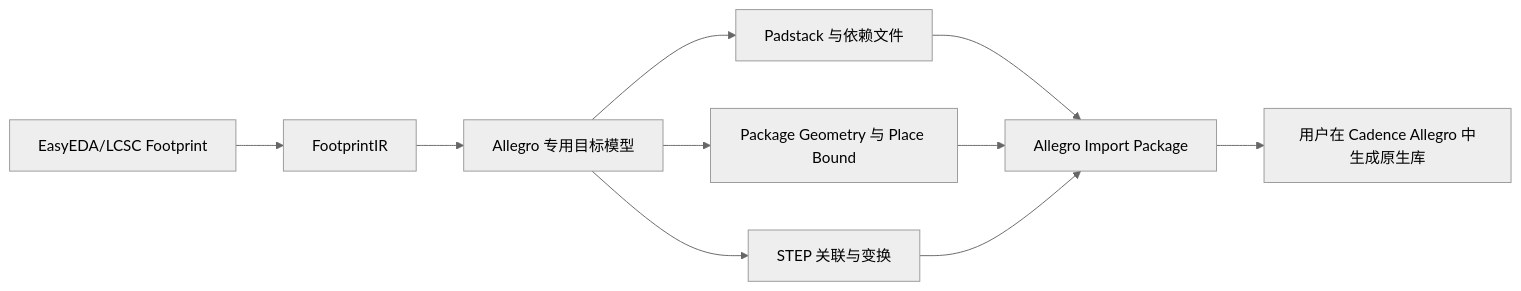
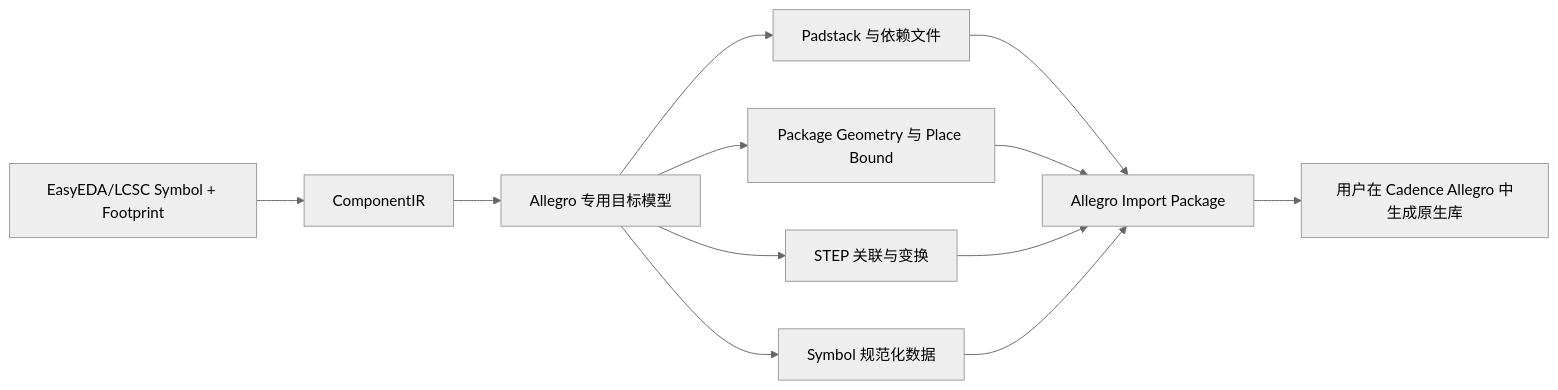
The diagram in docs/developer/ALLEGRO_EXPORT.md (EasyKiconverter/EasyKiConverter), drawn with Mermaid (neutral theme) before and after one commit. The commit also changed other lines of this file and 13 other files, not shown here.

````diff
--- a/docs/developer/ALLEGRO_EXPORT.md
+++ b/docs/developer/ALLEGRO_EXPORT.md
@@ -7,12 +7,14 @@
 ```mermaid
 flowchart LR
-    A[EasyEDA/LCSC Footprint] --> B[FootprintIR]
+    A[EasyEDA/LCSC Symbol + Footprint] --> B[ComponentIR]
     B --> C[Allegro 专用目标模型]
+    C --> S[Symbol 规范化数据]
     C --> D[Padstack 与依赖文件]
     C --> E[Package Geometry 与 Place Bound]
     C --> F[STEP 关联与变换]
     D --> G[Allegro Import Package]
     E --> G
     F --> G
+    S --> G
     G --> H[用户在 Cadence Allegro 中生成原生库]
 ```
````
